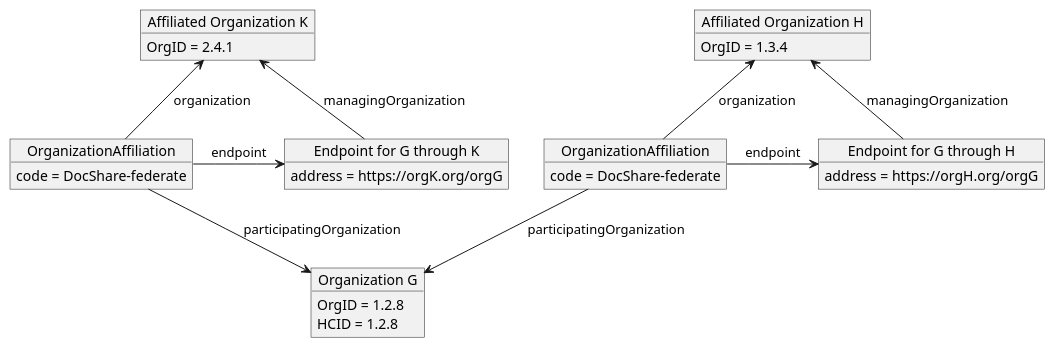
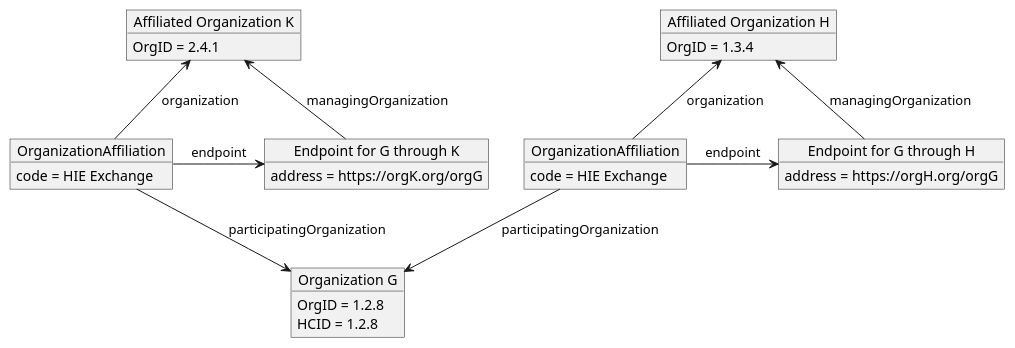
Before and after one commit to IHE/ITI.Topologies: the diagram in images-source/dir-org-specific-endpoint-multiple-routes.plantuml, drawn with PlantUML. The commit also changed 4 other files, not shown here.

```diff
--- a/images-source/dir-org-specific-endpoint-multiple-routes.plantuml
+++ b/images-source/dir-org-specific-endpoint-multiple-routes.plantuml
@@ -1,31 +1,31 @@
 @startuml dir-org-specific-endpoint-multiple-routes
 hide footbox
 
 object "Organization G" as OrganizationG
 OrganizationG : OrgID = 1.2.8
 OrganizationG : HCID = 1.2.8
 object "Affiliated Organization H" as OrganizationH
 OrganizationH : OrgID = 1.3.4
 object "OrganizationAffiliation" as OrgAff
-OrgAff : code = DocShare-federate
+OrgAff : code = HIE Exchange
 object "Endpoint for G through H" as EndpointH
 EndpointH : address = https://orgH.org/orgG
 
 object "Affiliated Organization K" as OrganizationK
 OrganizationK : OrgID = 2.4.1
 object "OrganizationAffiliation" as OrgAff2
-OrgAff2 : code = DocShare-federate
+OrgAff2 : code = HIE Exchange
 object "Endpoint for G through K" as EndpointK
 EndpointK : address = https://orgK.org/orgG
 
 OrgAff --> OrganizationG : participatingOrganization
 OrganizationH <-- OrgAff : organization
 OrgAff -> EndpointH : endpoint
 OrganizationH <- EndpointH : managingOrganization
 
 OrgAff2 --> OrganizationG : participatingOrganization
 OrganizationK <-- OrgAff2 : organization
 OrgAff2 -> EndpointK : endpoint
 OrganizationK <- EndpointK : managingOrganization
 
 @enduml
```
